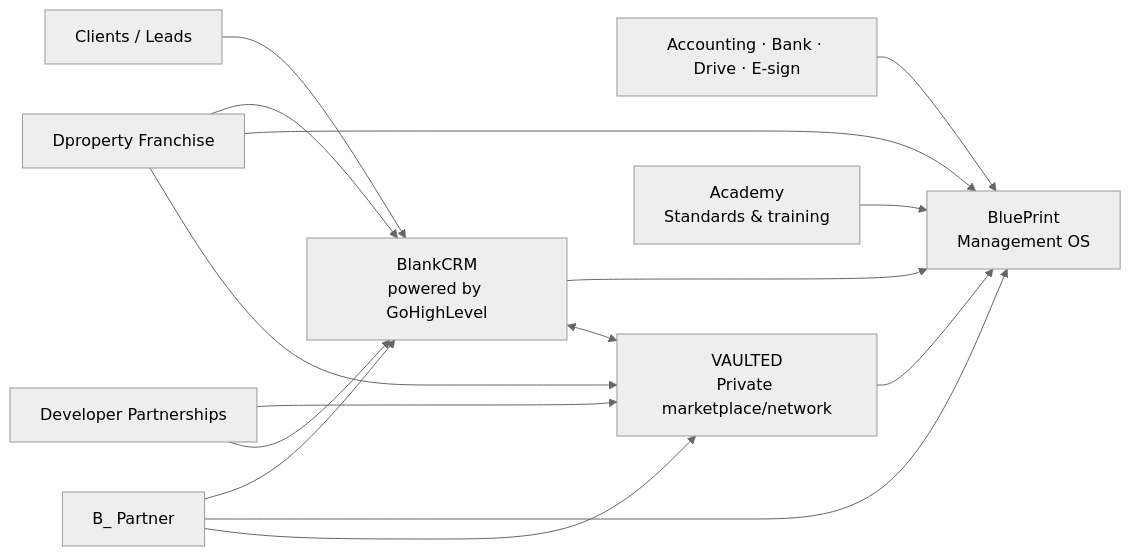
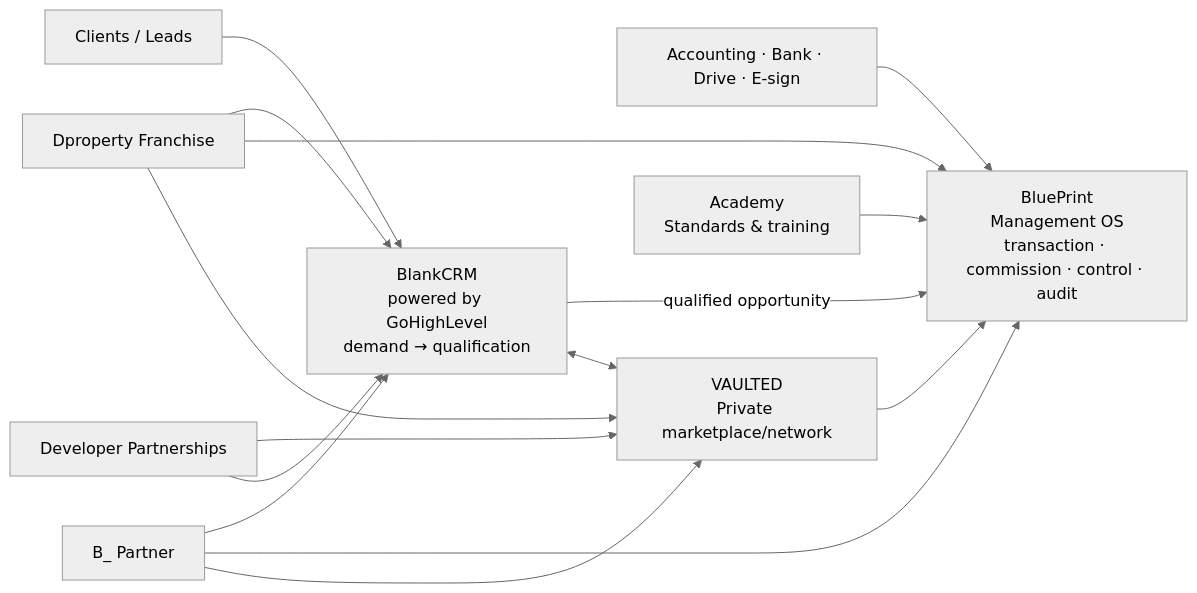
The diagram in second_brain/18_Ecosystem/00 - Ecosystem Master Map.md (esteban123210/Dproperty_OS), drawn with Mermaid (neutral theme) before and after one commit. The commit also changed other lines of this file and 260 other files, not shown here.

````diff
--- a/second_brain/18_Ecosystem/00 - Ecosystem Master Map.md
+++ b/second_brain/18_Ecosystem/00 - Ecosystem Master Map.md
@@ -19,24 +26,26 @@
 ```mermaid
 flowchart LR
     C["Clients / Leads"] --> CRM["BlankCRM
-powered by GoHighLevel"]
-    CRM --> BP["BluePrint
-Management OS"]
+powered by GoHighLevel
+demand → qualification"]
+    CRM -->|"qualified opportunity"| BP["BluePrint
+Management OS
+transaction · commission · control · audit"]
     EXT["Accounting · Bank · Drive · E-sign"] --> BP
     CRM <--> VA["VAULTED
 Private marketplace/network"]
     VA --> BP
     AC["Academy
 Standards & training"] --> BP
 
     FR["Dproperty Franchise"] --> CRM
     FR --> BP
     FR --> VA
 
     PT["B_ Partner"] --> CRM
     PT --> BP
     PT --> VA
 
     DEV["Developer Partnerships"] --> VA
     DEV --> CRM
 ```
````
